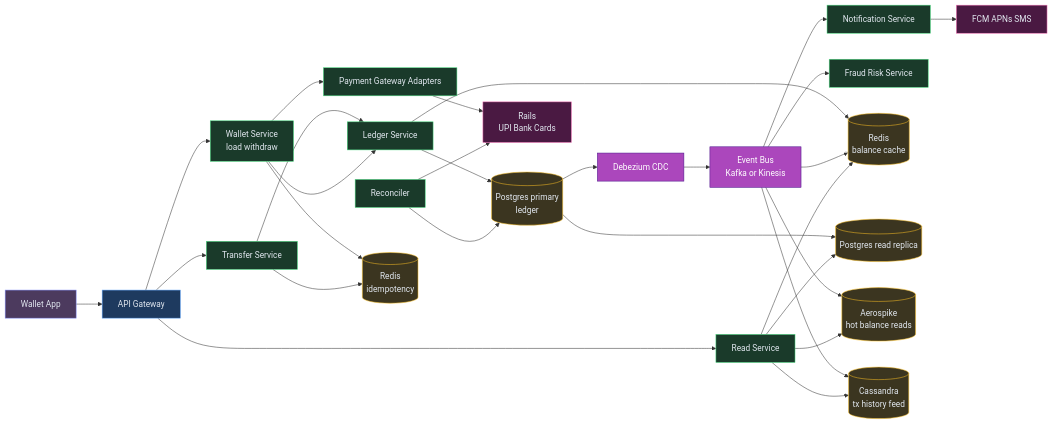
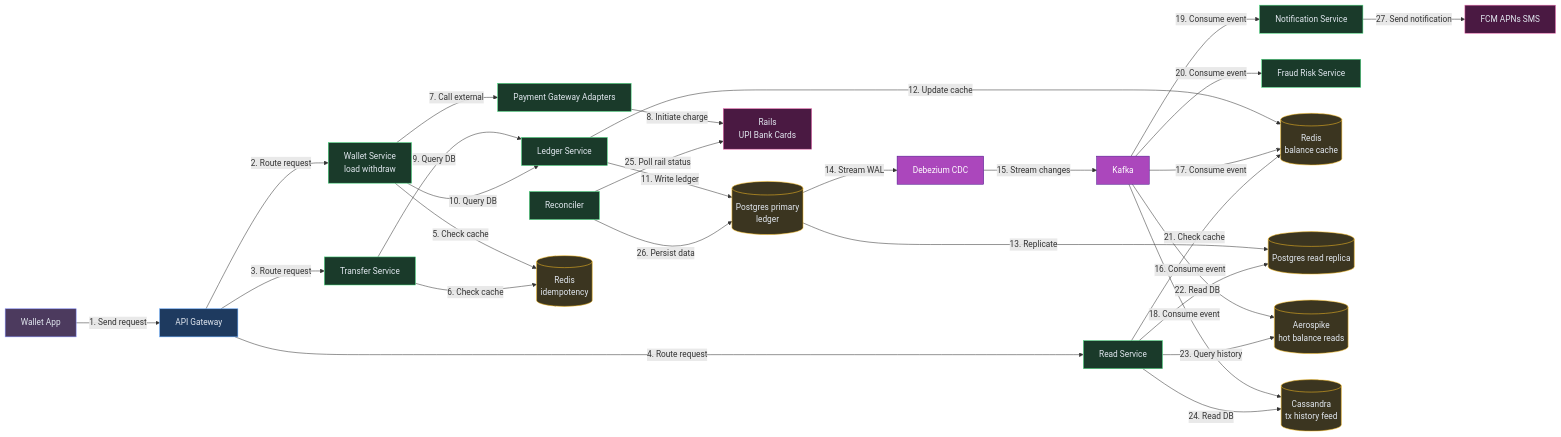
One commit to iluzn/HLD-Designs changed the tenth of 10 diagrams in content/hld/DigitalWallet.md. Above: the diagram before and after it, drawn with Mermaid. The commit also changed other lines of this file and 27 other files, not shown here.

````diff
--- a/content/hld/DigitalWallet.md
+++ b/content/hld/DigitalWallet.md
@@ -780,67 +780,67 @@
 ```mermaid
 flowchart LR
     APP["Wallet App"]:::client
     GW["API Gateway"]:::edge
 
     WS["Wallet Service<br/>load withdraw"]:::service
     TS["Transfer Service"]:::service
     LS["Ledger Service"]:::service
     READ["Read Service"]:::service
     PG["Payment Gateway Adapters"]:::service
     REC["Reconciler"]:::service
     NOTIF["Notification Service"]:::service
     FRAUD["Fraud Risk Service"]:::service
 
     IDE[("Redis<br/>idempotency")]:::data
     BAL[("Redis<br/>balance cache")]:::data
     PRIM[("Postgres primary<br/>ledger")]:::data
     REPL[("Postgres read replica")]:::data
     KV[("Aerospike<br/>hot balance reads")]:::data
     HIST[("Cassandra<br/>tx history feed")]:::data
 
     CDC["Debezium CDC"]:::async
-    K["Event Bus<br/>Kafka or Kinesis"]:::async
+    K["Kafka"]:::async
 
     BANK["Rails<br/>UPI Bank Cards"]:::external
     PUSH["FCM APNs SMS"]:::external
 
-    APP --> GW
-    GW --> WS
-    GW --> TS
-    GW --> READ
+    APP -->|"1. Send request"| GW
+    GW -->|"2. Route request"| WS
+    GW -->|"3. Route request"| TS
+    GW -->|"4. Route request"| READ
 
-    WS --> IDE
-    TS --> IDE
-    WS --> PG
-    PG --> BANK
-    TS --> LS
-    WS --> LS
-    LS --> PRIM
-    LS --> BAL
+    WS -->|"5. Check cache"| IDE
+    TS -->|"6. Check cache"| IDE
+    WS -->|"7. Call external"| PG
+    PG -->|"8. Initiate charge"| BANK
+    TS -->|"9. Query DB"| LS
+    WS -->|"10. Query DB"| LS
+    LS -->|"11. Write ledger"| PRIM
+    LS -->|"12. Update cache"| BAL
 
-    PRIM --> REPL
-    PRIM --> CDC
-    CDC --> K
-    K --> KV
-    K --> BAL
-    K --> HIST
-    K --> NOTIF
-    K --> FRAUD
+    PRIM -->|"13. Replicate"| REPL
+    PRIM -->|"14. Stream WAL"| CDC
+    CDC -->|"15. Stream changes"| K
+    K -->|"16. Consume event"| KV
+    K -->|"17. Consume event"| BAL
+    K -->|"18. Consume event"| HIST
+    K -->|"19. Consume event"| NOTIF
+    K -->|"20. Consume event"| FRAUD
 
-    READ --> BAL
-    READ --> REPL
-    READ --> KV
-    READ --> HIST
+    READ -->|"21. Check cache"| BAL
+    READ -->|"22. Read DB"| REPL
+    READ -->|"23. Query history"| KV
+    READ -->|"24. Read DB"| HIST
 
-    REC --> BANK
-    REC --> PRIM
+    REC -->|"25. Poll rail status"| BANK
+    REC -->|"26. Persist data"| PRIM
 
-    NOTIF --> PUSH
+    NOTIF -->|"27. Send notification"| PUSH
 
     classDef client fill:#4c3a5e,stroke:#818cf8,color:#e2e8f0
     classDef edge fill:#1e3a5f,stroke:#60a5fa,color:#e2e8f0
     classDef service fill:#1a3a2a,stroke:#4ade80,color:#e2e8f0
     classDef async fill:#AB47BC,stroke:#4A148C,color:#fff
     classDef data fill:#3b3520,stroke:#fbbf24,color:#e2e8f0
     classDef external fill:#4a1942,stroke:#f472b6,color:#e2e8f0
 ```
````
